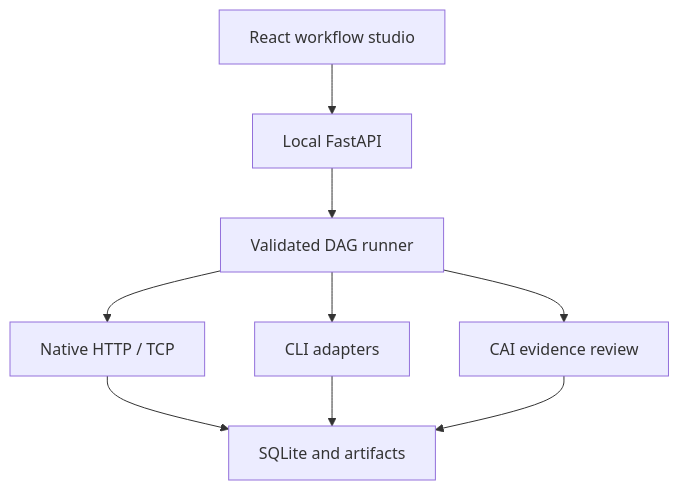
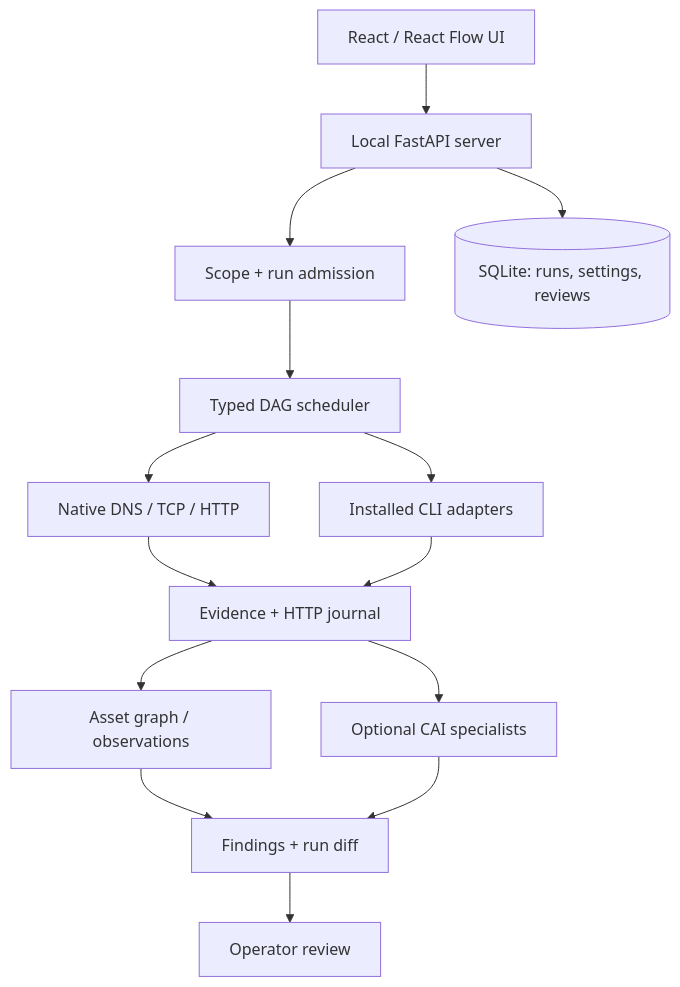
The diagram in README.md (MKlolbullen/AI-tricky), drawn with Mermaid before and after one commit. The commit also changed other lines of this file, not shown here.

````diff
--- a/README.md
+++ b/README.md
@@ -296,11 +181,16 @@
 ```mermaid
 flowchart TD
-    UI["React workflow studio"] --> API["Local FastAPI"]
-    API --> DAG["Validated DAG runner"]
-    DAG --> N["Native HTTP / TCP"]
-    DAG --> C["CLI adapters"]
-    DAG --> A["CAI evidence review"]
-    N --> DB["SQLite and artifacts"]
-    C --> DB
-    A --> DB
+    UI["React / React Flow UI"] --> API["Local FastAPI server"]
+    API --> SCOPE["Scope + run admission"]
+    API --> DB[("SQLite: runs, settings, reviews")]
+    SCOPE --> DAG["Typed DAG scheduler"]
+    DAG --> NATIVE["Native DNS / TCP / HTTP"]
+    DAG --> CLI["Installed CLI adapters"]
+    NATIVE --> EVID["Evidence + HTTP journal"]
+    CLI --> EVID
+    EVID --> GRAPH["Asset graph / observations"]
+    EVID --> AGENTS["Optional CAI specialists"]
+    GRAPH --> FIND["Findings + run diff"]
+    AGENTS --> FIND
+    FIND --> REVIEW["Operator review"]
 ```
````
